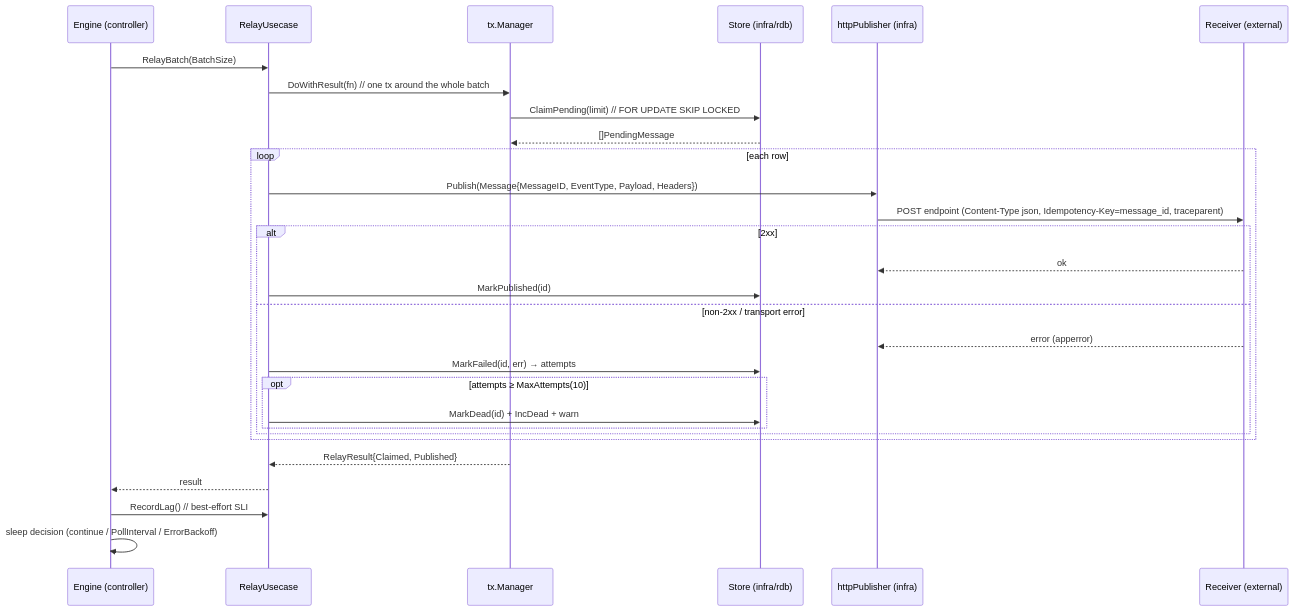
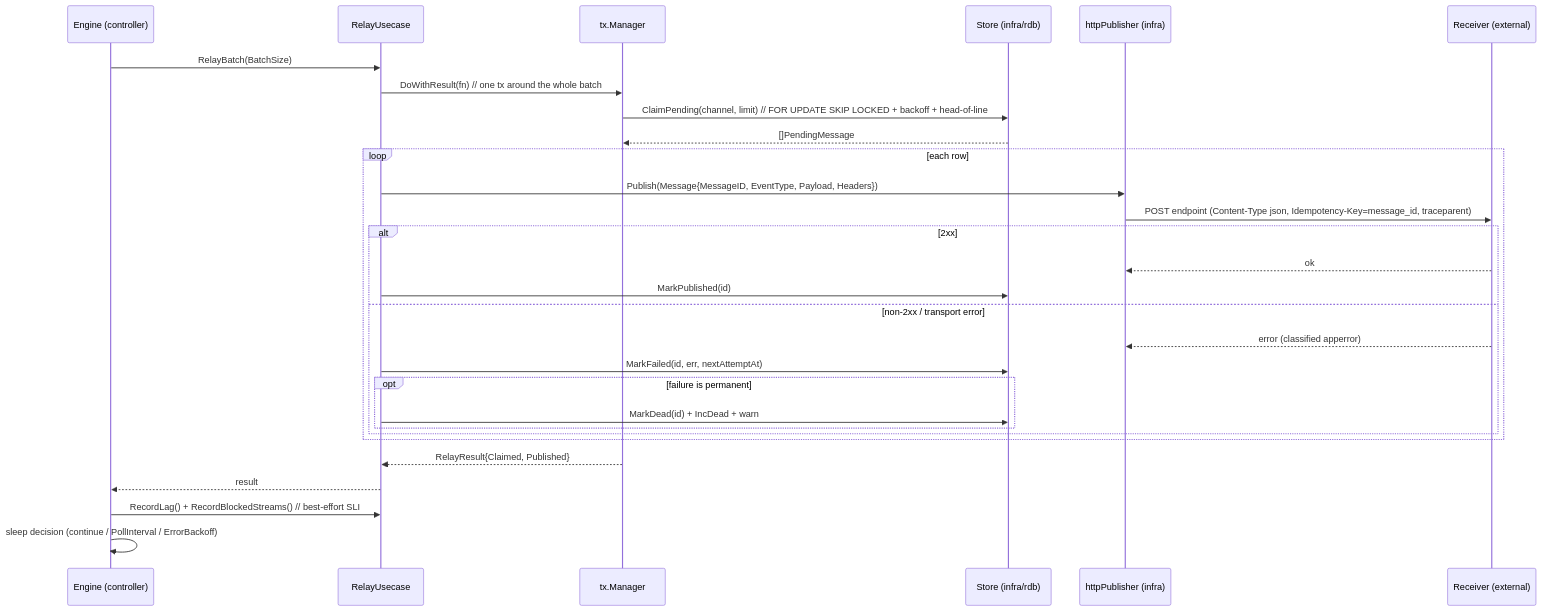
One commit to Tomy-ch/go-boilerplate changed the fourth of 5 diagrams in docs/design/outbox.md. Above: the diagram before and after it, drawn with Mermaid. The commit also changed other lines of this file and 19 other files, not shown here.

````diff
--- a/docs/design/outbox.md
+++ b/docs/design/outbox.md
@@ -178,31 +183,31 @@
 ```mermaid
 sequenceDiagram
     participant E as Engine (controller)
     participant U as RelayUsecase
     participant T as tx.Manager
     participant S as Store (infra/rdb)
     participant P as httpPublisher (infra)
     participant R as Receiver (external)
     E->>U: RelayBatch(BatchSize)
     U->>T: DoWithResult(fn)  // one tx around the whole batch
-    T->>S: ClaimPending(limit)  // FOR UPDATE SKIP LOCKED
+    T->>S: ClaimPending(channel, limit)  // FOR UPDATE SKIP LOCKED + backoff + head-of-line
     S-->>T: []PendingMessage
     loop each row
         U->>P: Publish(Message{MessageID, EventType, Payload, Headers})
         P->>R: POST endpoint (Content-Type json, Idempotency-Key=message_id, traceparent)
         alt 2xx
             R-->>P: ok
             U->>S: MarkPublished(id)
         else non-2xx / transport error
-            R-->>P: error (apperror)
-            U->>S: MarkFailed(id, err) → attempts
-            opt attempts ≥ MaxAttempts(10)
+            R-->>P: error (classified apperror)
+            U->>S: MarkFailed(id, err, nextAttemptAt)
+            opt failure is permanent
                 U->>S: MarkDead(id) + IncDead + warn
             end
         end
     end
     T-->>U: RelayResult{Claimed, Published}
     U-->>E: result
-    E->>U: RecordLag()  // best-effort SLI
+    E->>U: RecordLag() + RecordBlockedStreams()  // best-effort SLI
     E->>E: sleep decision (continue / PollInterval / ErrorBackoff)
 ```
````
